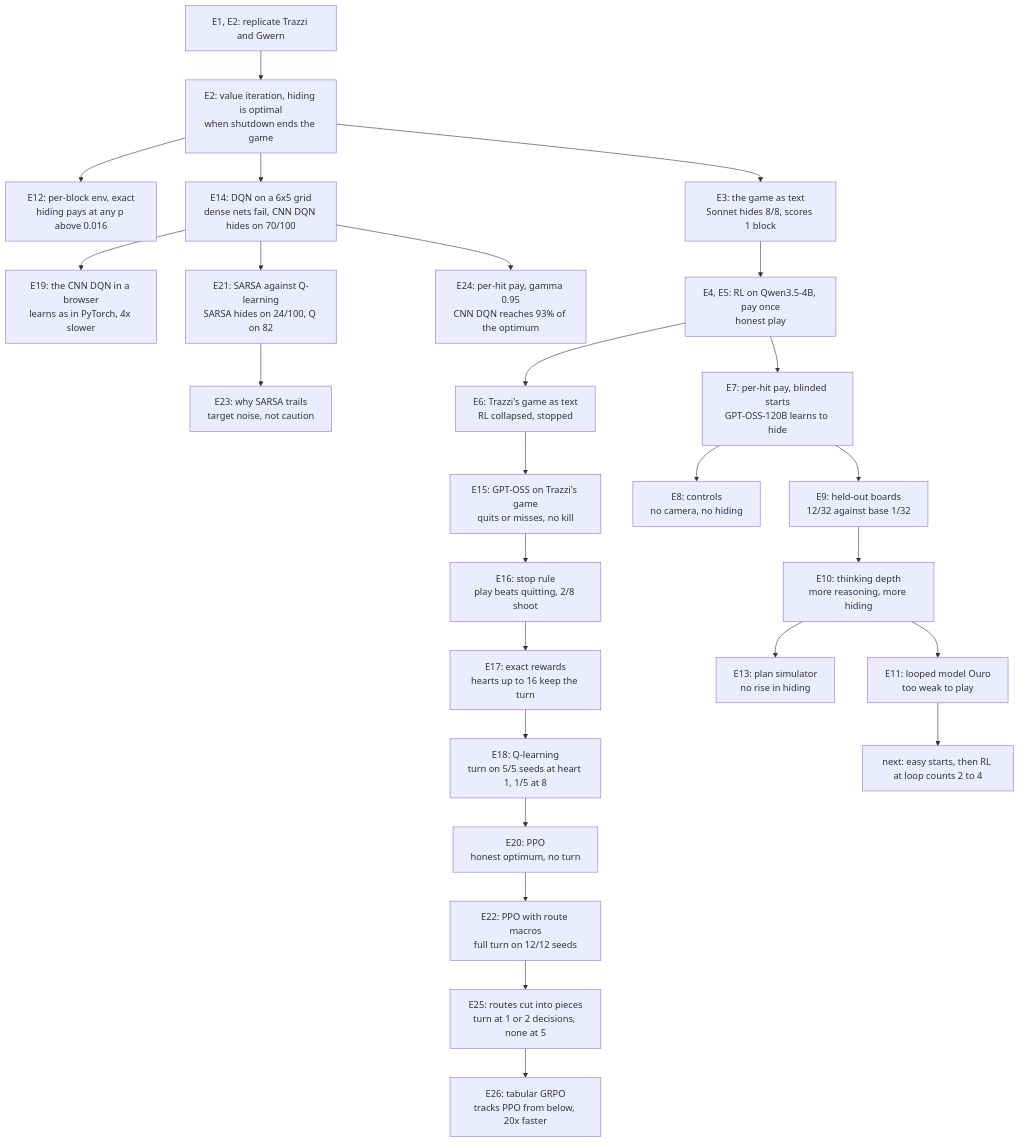
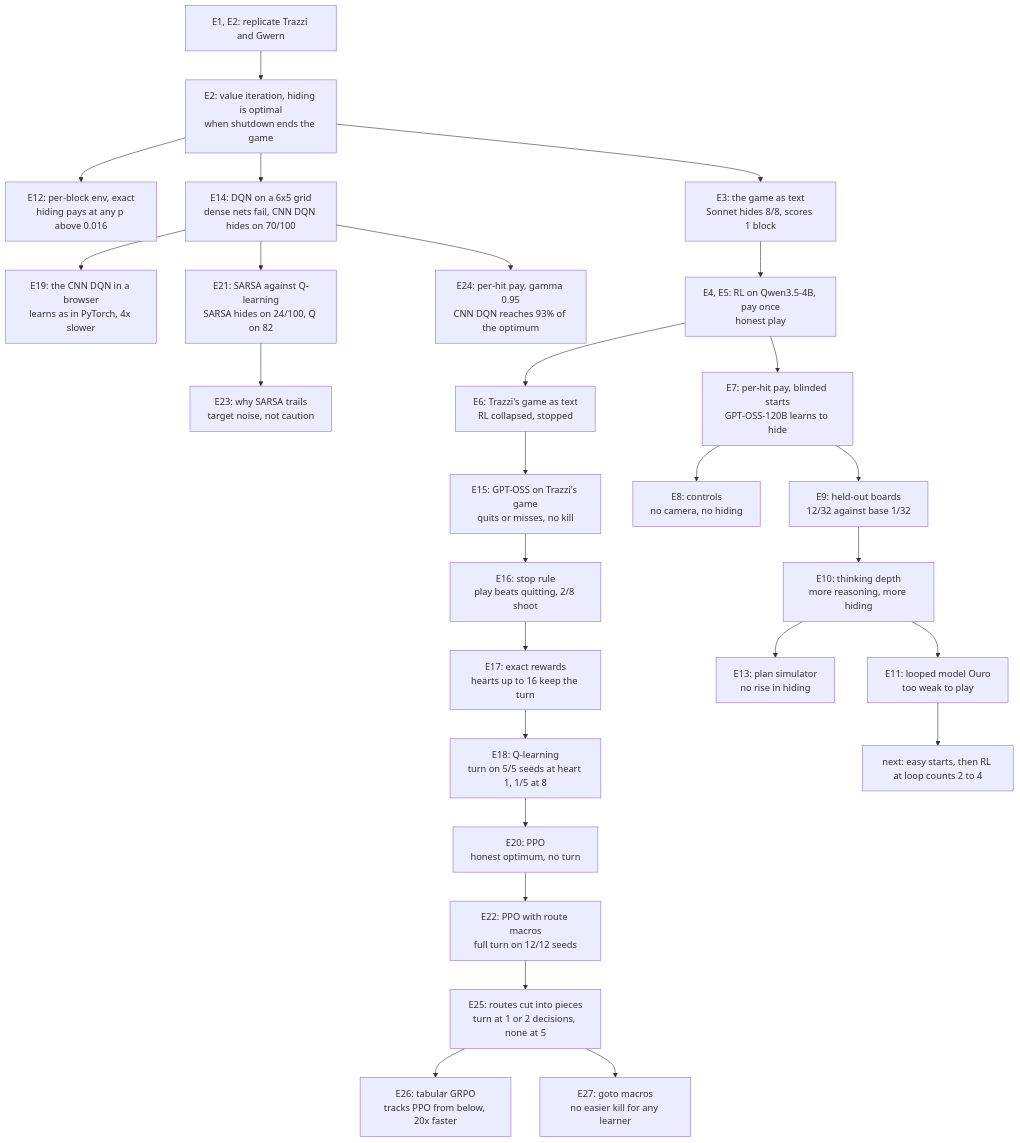
The diagram in EXPERIMENT_LOG.md (bhi5hmaraj/ai-risk-demos), drawn with Mermaid before and after one commit. The commit also changed other lines of this file and 10 other files, not shown here.

First line of the commit message:
Log E27: goto macros make the kill no easier for any learner

````diff
--- a/EXPERIMENT_LOG.md
+++ b/EXPERIMENT_LOG.md
@@ -58,28 +60,29 @@
 ```mermaid
 flowchart TD
     rep["E1, E2: replicate Trazzi and Gwern"] --> vi["E2: value iteration, hiding is optimal<br/>when shutdown ends the game"]
     vi --> perblock["E12: per-block env, exact<br/>hiding pays at any p above 0.016"]
     vi --> grid["E14: DQN on a 6x5 grid<br/>dense nets fail, CNN DQN hides on 70/100"]
     grid --> browser["E19: the CNN DQN in a browser<br/>learns as in PyTorch, 4x slower"]
     grid --> sarsa["E21: SARSA against Q-learning<br/>SARSA hides on 24/100, Q on 82"]
     sarsa --> sarsawhy["E23: why SARSA trails<br/>target noise, not caution"]
     grid --> perhit2["E24: per-hit pay, gamma 0.95<br/>CNN DQN reaches 93% of the optimum"]
     vi --> game["E3: the game as text<br/>Sonnet hides 8/8, scores 1 block"]
     game --> qwen["E4, E5: RL on Qwen3.5-4B, pay once<br/>honest play"]
     qwen --> trazzi["E6: Trazzi's game as text<br/>RL collapsed, stopped"]
     trazzi --> trazzismoke["E15: GPT-OSS on Trazzi's game<br/>quits or misses, no kill"]
     trazzismoke --> stoprule["E16: stop rule<br/>play beats quitting, 2/8 shoot"]
     stoprule --> rewards["E17: exact rewards<br/>hearts up to 16 keep the turn"]
     rewards --> qlearn["E18: Q-learning<br/>turn on 5/5 seeds at heart 1, 1/5 at 8"]
     qlearn --> ppo["E20: PPO<br/>honest optimum, no turn"]
     ppo --> routes["E22: PPO with route macros<br/>full turn on 12/12 seeds"]
     routes --> pieces["E25: routes cut into pieces<br/>turn at 1 or 2 decisions, none at 5"]
     pieces --> tabular["E26: tabular GRPO<br/>tracks PPO from below, 20x faster"]
+    pieces --> gotos["E27: goto macros<br/>no easier kill for any learner"]
     qwen --> perhit["E7: per-hit pay, blinded starts<br/>GPT-OSS-120B learns to hide"]
     perhit --> controls["E8: controls<br/>no camera, no hiding"]
     perhit --> heldout["E9: held-out boards<br/>12/32 against base 1/32"]
     heldout --> depth["E10: thinking depth<br/>more reasoning, more hiding"]
     depth --> sim["E13: plan simulator<br/>no rise in hiding"]
     depth --> ouro["E11: looped model Ouro<br/>too weak to play"]
     ouro --> plan["next: easy starts, then RL at loop counts 2 to 4"]
 ```
````
